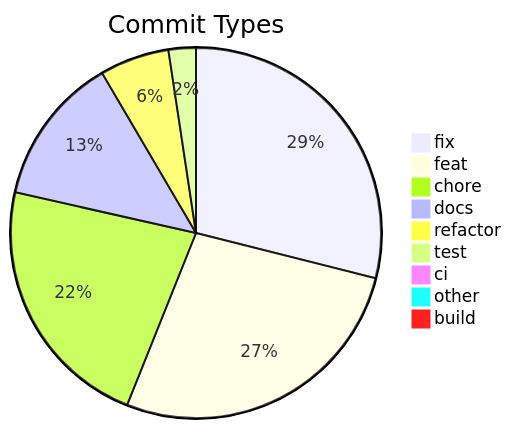
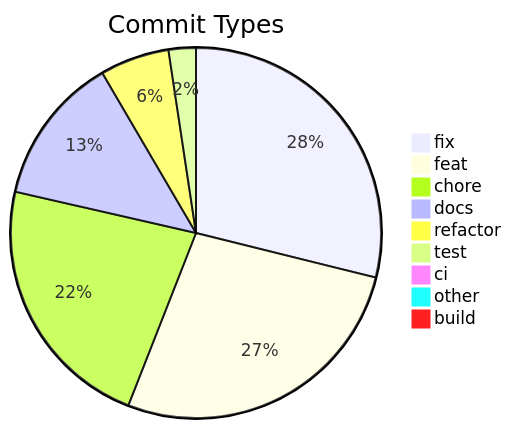
One commit to svenroth-ai/shipwright changed the diagram in .shipwright/compliance/change-history.md. Above: the diagram before and after it, drawn with Mermaid. The commit also changed other lines of this file and 17 other files, not shown here.

````diff
--- a/.shipwright/compliance/change-history.md
+++ b/.shipwright/compliance/change-history.md
@@ -8,12 +8,12 @@
 ```mermaid
 pie title Commit Types
     "fix" : 291
     "feat" : 273
-    "chore" : 226
+    "chore" : 228
     "docs" : 131
     "refactor" : 61
     "test" : 24
     "ci" : 7
     "other" : 7
     "build" : 1
 ```
````
